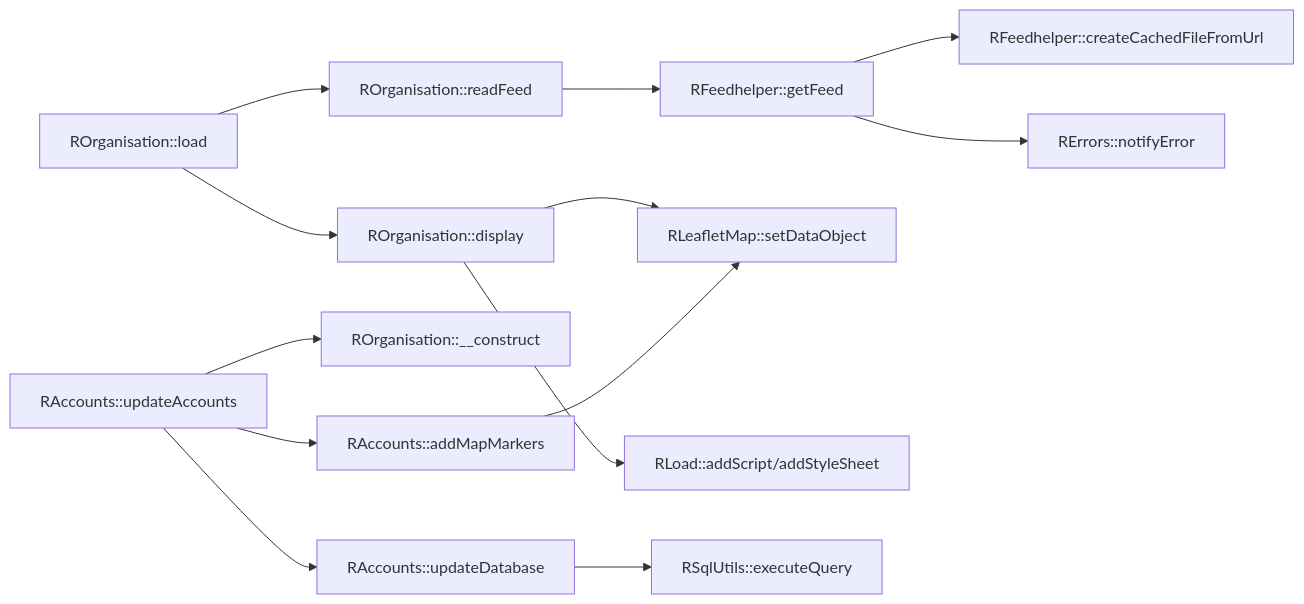
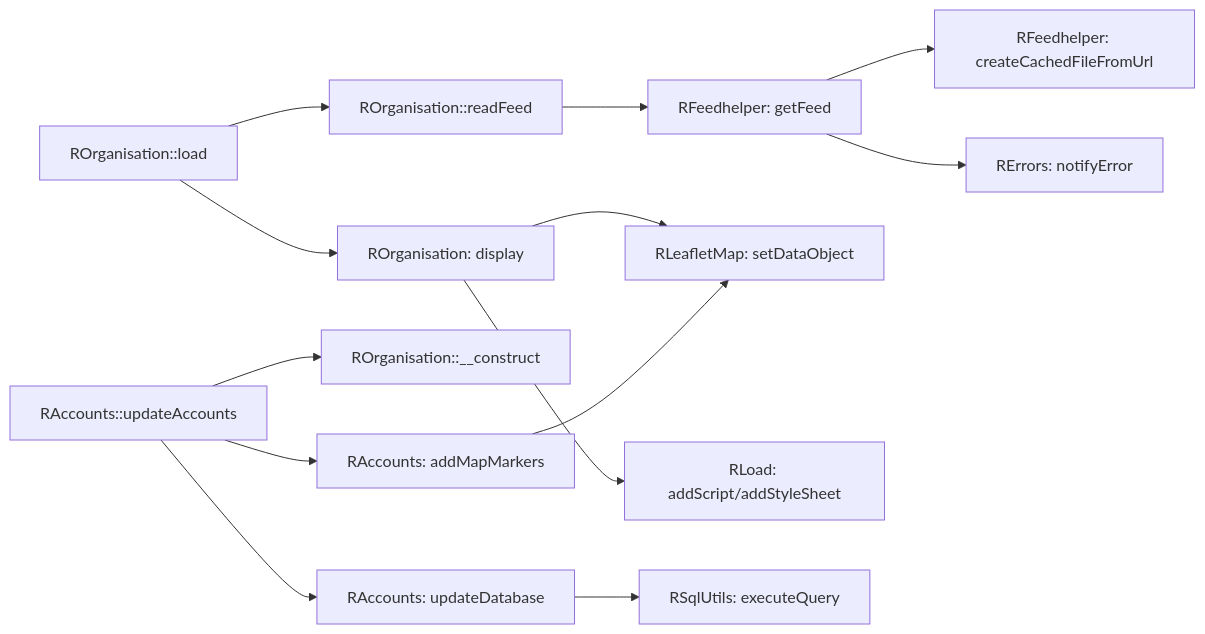
Before and after one commit to pauljrhodes/ramblers-library: diagram 14 of 15 in architecture.md, drawn with Mermaid. The commit also changed other lines of this file and 33 other files, not shown here.

First line of the commit message:
Normalize Mermaid diagrams for GitHub rendering (#13)

````diff
--- a/architecture.md
+++ b/architecture.md
@@ -859,16 +859,16 @@
 ```mermaid
 flowchart LR
-  OrgLoad[ROrganisation::load] --> OrgFeed[ROrganisation::readFeed]
-  OrgFeed --> FHGet[RFeedhelper::getFeed]
-  FHGet --> FHCache[RFeedhelper::createCachedFileFromUrl]
-  FHGet --> FHError[RErrors::notifyError]
-  OrgLoad --> OrgDisplay[ROrganisation::display]
-  OrgDisplay --> MapSet[RLeafletMap::setDataObject]
-  OrgDisplay --> LoadAssets[RLoad::addScript/addStyleSheet]
+  OrgLoad["ROrganisation::load"] --> OrgFeed["ROrganisation::readFeed"]
+  OrgFeed --> FHGet["RFeedhelper: getFeed"]
+  FHGet --> FHCache["RFeedhelper: createCachedFileFromUrl"]
+  FHGet --> FHError["RErrors: notifyError"]
+  OrgLoad --> OrgDisplay["ROrganisation: display"]
+  OrgDisplay --> MapSet["RLeafletMap: setDataObject"]
+  OrgDisplay --> LoadAssets["RLoad: addScript/addStyleSheet"]
 
-  AccUpdate[RAccounts::updateAccounts] --> OrgConstruct[ROrganisation::__construct]
-  AccUpdate --> DbUpdate[RAccounts::updateDatabase]
-  DbUpdate --> SqlUtils[RSqlUtils::executeQuery]
-  AccUpdate --> MapMarkers[RAccounts::addMapMarkers]
+  AccUpdate["RAccounts::updateAccounts"] --> OrgConstruct["ROrganisation::__construct"]
+  AccUpdate --> DbUpdate["RAccounts: updateDatabase"]
+  DbUpdate --> SqlUtils["RSqlUtils: executeQuery"]
+  AccUpdate --> MapMarkers["RAccounts: addMapMarkers"]
   MapMarkers --> MapSet
 ```
````
